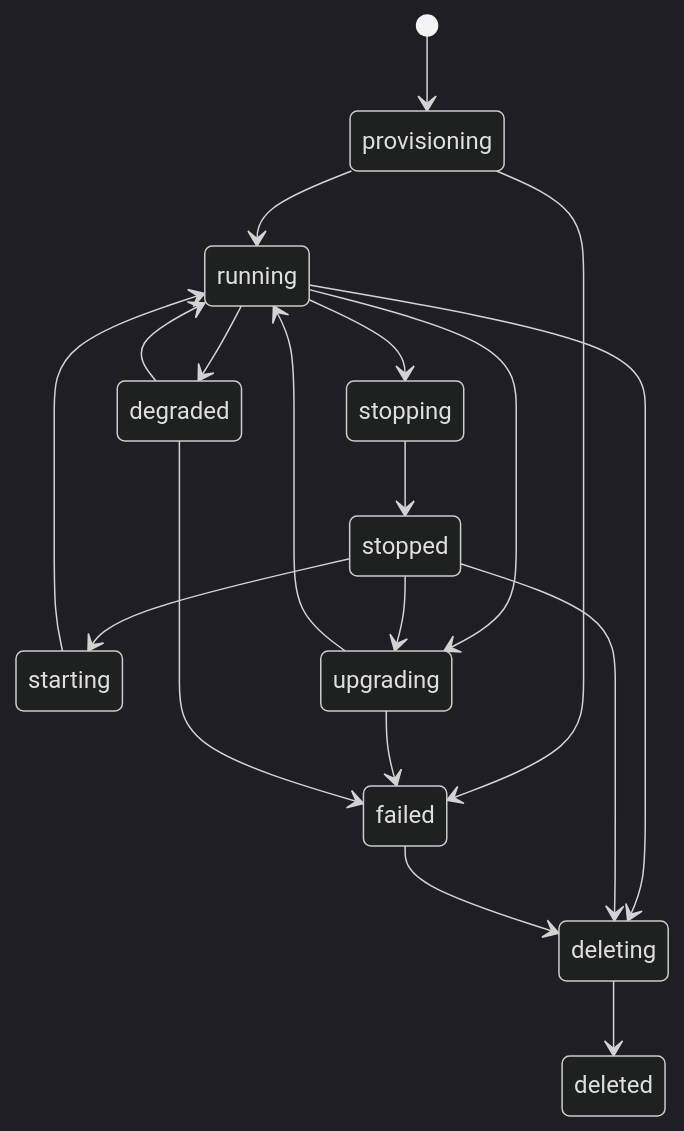
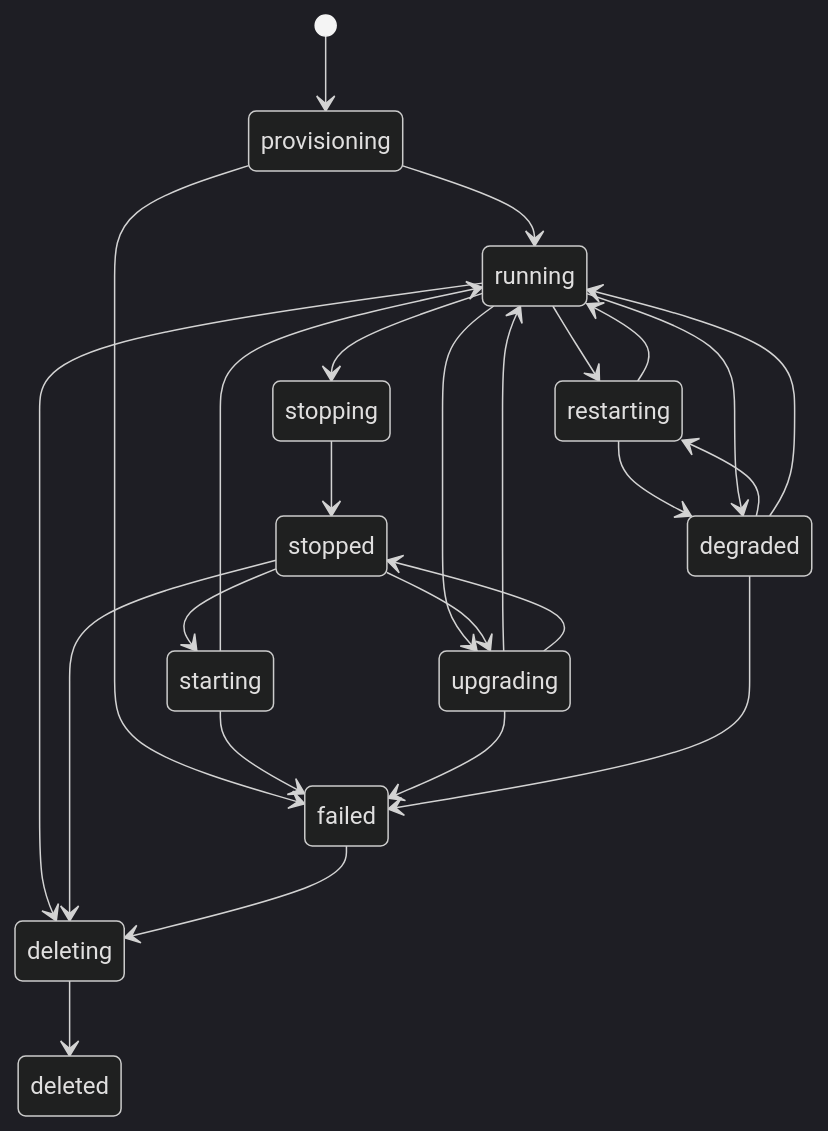
The third of 3 diagrams in docs/architecture.md (Arlowen/db-mock), drawn with Mermaid (dark theme) before and after one commit. The commit also changed other lines of this file and 13 other files, not shown here.

````diff
--- a/docs/architecture.md
+++ b/docs/architecture.md
@@ -87,21 +87,27 @@
 ```mermaid
 stateDiagram-v2
     [*] --> provisioning
     provisioning --> running
     provisioning --> failed
     running --> stopping
     stopping --> stopped
     stopped --> starting
     starting --> running
+    starting --> failed
+    running --> restarting
+    degraded --> restarting
+    restarting --> running
+    restarting --> degraded
     running --> upgrading
     stopped --> upgrading
     upgrading --> running
+    upgrading --> stopped
     upgrading --> failed
     running --> degraded
     degraded --> running
     degraded --> failed
     running --> deleting
     stopped --> deleting
     failed --> deleting
     deleting --> deleted
 ```
````
